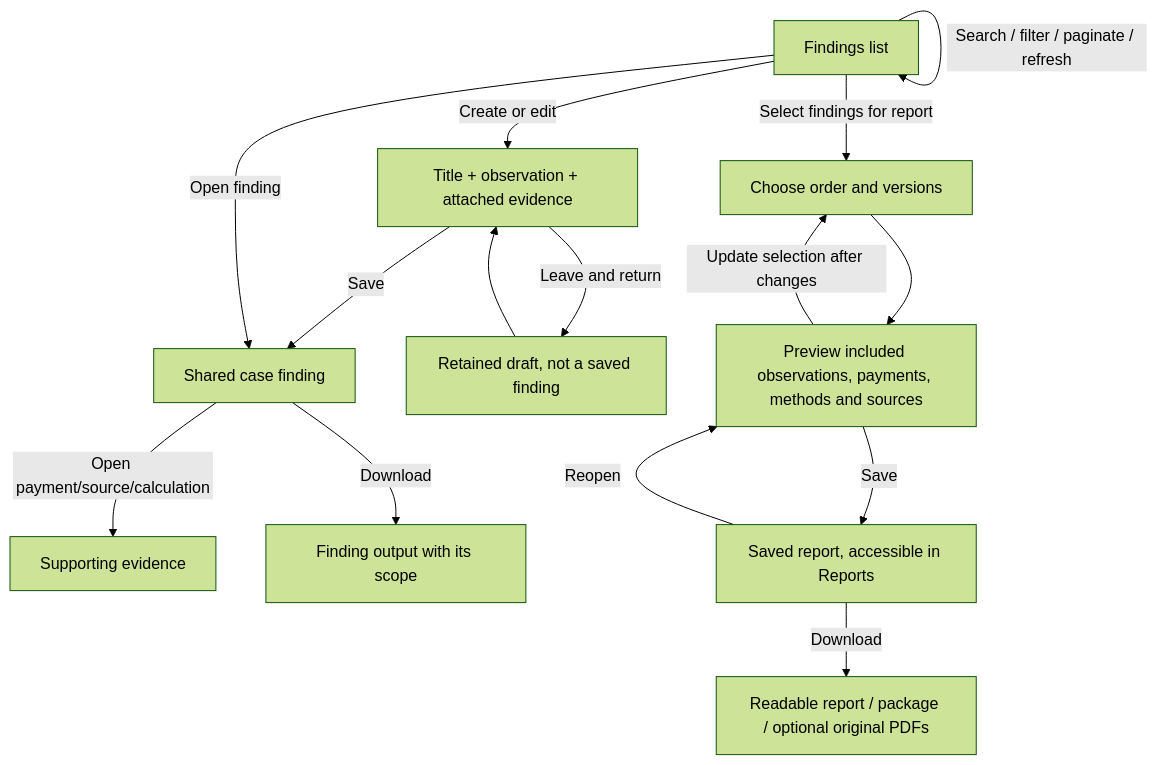
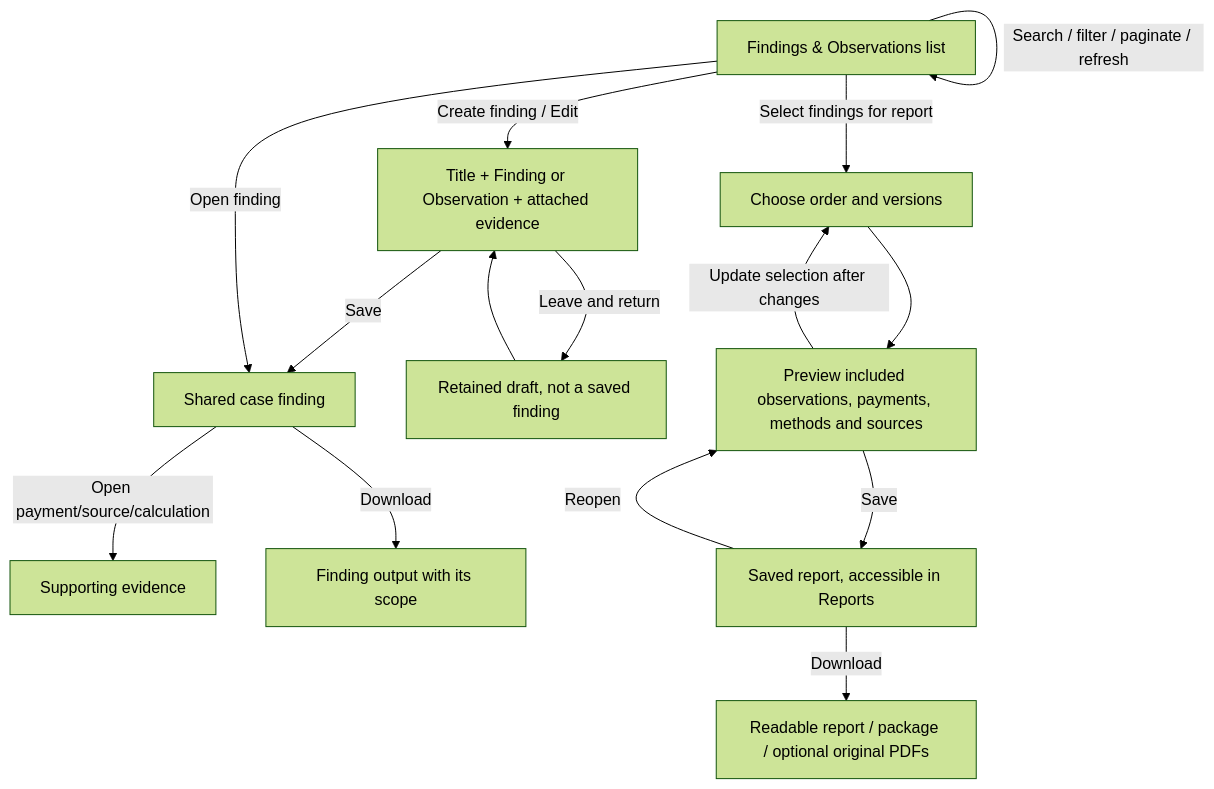
The eighth of 9 diagrams in docs/financial-workflows/README.md (conorbowles51/owl-n4j), drawn with Mermaid (forest theme) before and after one commit. The commit also changed other lines of this file and 71 other files, not shown here.

Commit message:
Make financial investigation filters, edits, findings and flow workflows coherent

````diff
--- a/docs/financial-workflows/README.md
+++ b/docs/financial-workflows/README.md
@@ -234,17 +239,17 @@
 ```mermaid
 flowchart TD
-  N[Findings list] -->|Search / filter / paginate / refresh| N
-  N -->|Create or edit| E[Title + observation + attached evidence]
+  N[Findings & Observations list] -->|Search / filter / paginate / refresh| N
+  N -->|Create finding / Edit| E[Title + Finding or Observation + attached evidence]
   E -->|Save| SAVED[Shared case finding]
   E -->|Leave and return| DRAFT[Retained draft, not a saved finding]
   DRAFT --> E
   N -->|Open finding| SAVED
   SAVED -->|Open payment/source/calculation| SOURCE[Supporting evidence]
   SAVED -->|Download| NOTE[Finding output with its scope]
   N -->|Select findings for report| REPORT[Choose order and versions]
   REPORT --> PREVIEW[Preview included observations, payments, methods and sources]
   PREVIEW -->|Update selection after changes| REPORT
   PREVIEW -->|Save| SHARED[Saved report, accessible in Reports]
   SHARED -->|Download| DOWNLOAD[Readable report / package / optional original PDFs]
   SHARED -->|Reopen| PREVIEW
 ```
````
